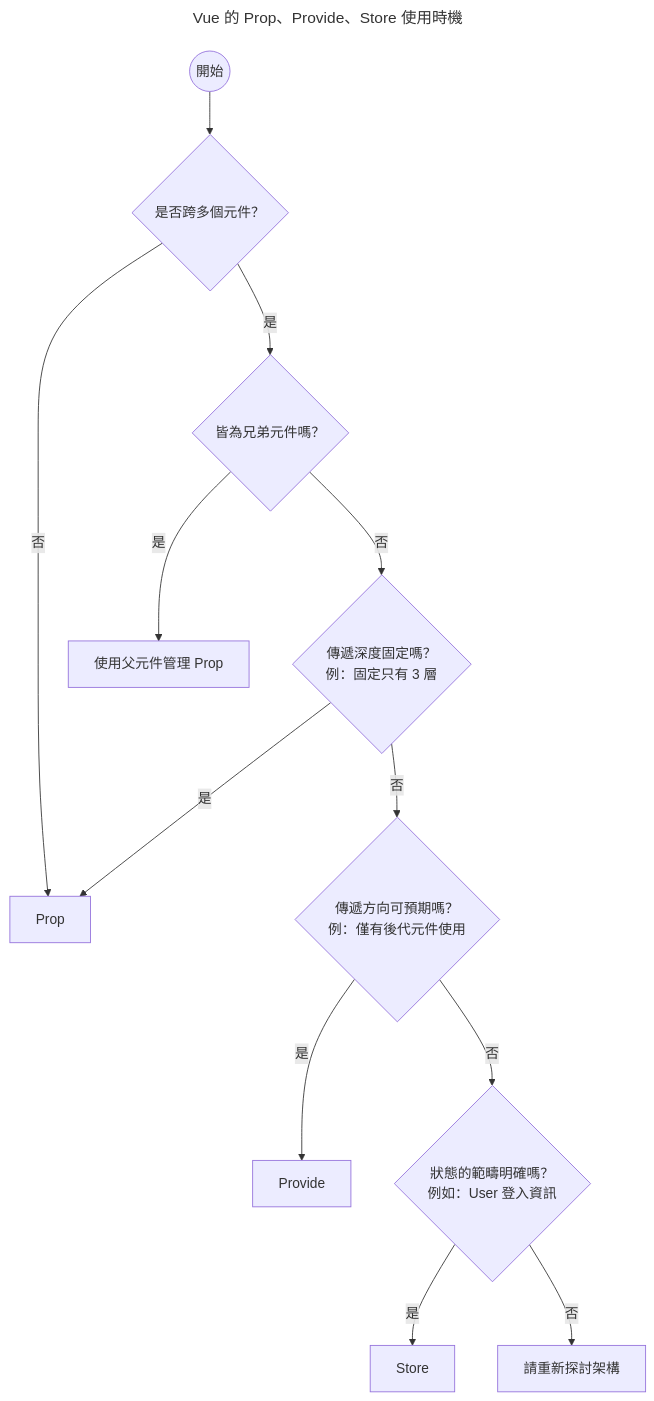
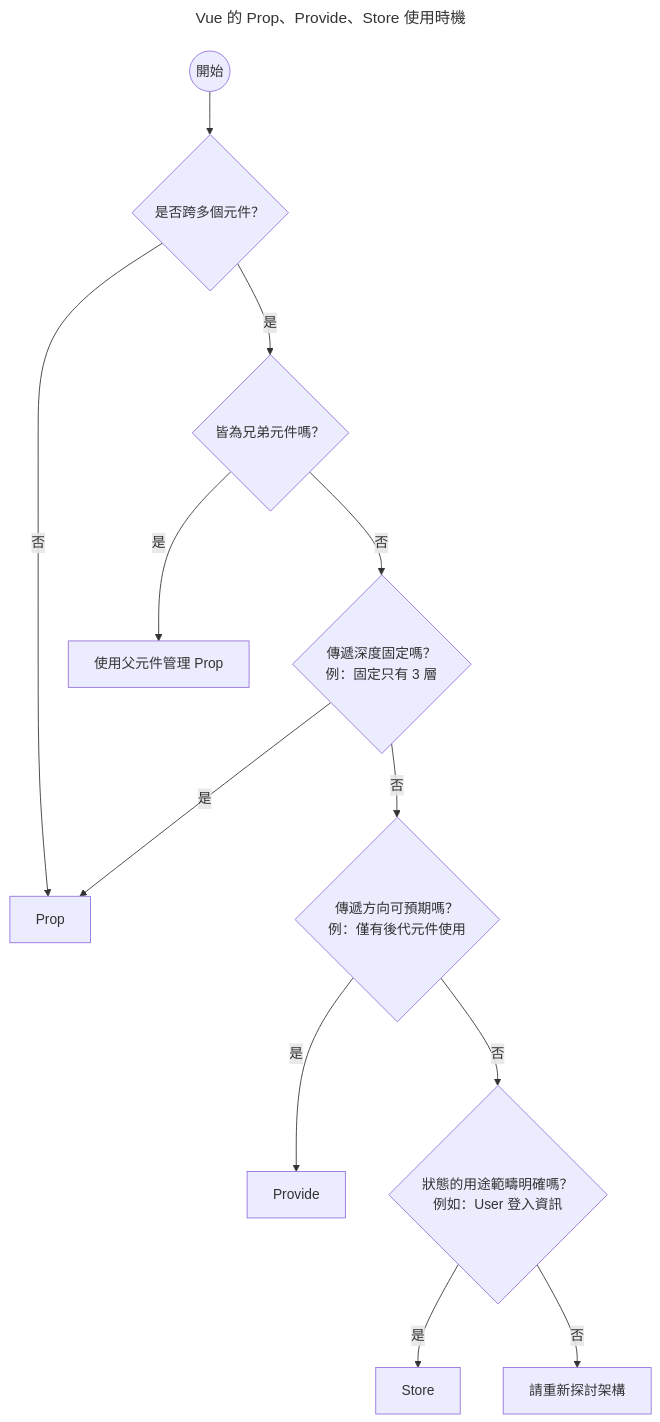
Before and after one commit to Codfisher/cod-aquarium: the diagram in content/blog-vue/241212.about-vue-data-flow.md, drawn with Mermaid. The commit also changed other lines of this file, not shown here.

````diff
--- a/content/blog-vue/241212.about-vue-data-flow.md
+++ b/content/blog-vue/241212.about-vue-data-flow.md
@@ -38,31 +38,31 @@
 ```mermaid
 ---
 title: Vue 的 Prop、Provide、Store 使用時機
 ---
 
 flowchart TD
     A((開始)) --> B{是否跨多個元件？}
 
     B --否--> R1
     B --是--> C{皆為兄弟元件嗎？}
 
     C --是--> R2
     C --否--> D{傳遞深度固定嗎？
     例：固定只有 3 層}
 
     D --是--> R1
     D --否--> E{傳遞方向可預期嗎？
     例：僅有後代元件使用}
 
     E --是--> R3
-    E --否--> F{狀態的範疇明確嗎？
+    E --否--> F{狀態的用途範疇明確嗎？
     例如：User 登入資訊}
 
     F --是--> R4
     F --否--> 請重新探討架構
 
     R1[Prop]
     R2[使用父元件管理 Prop]
     R3[Provide]
     R4[Store]
 ```
````
